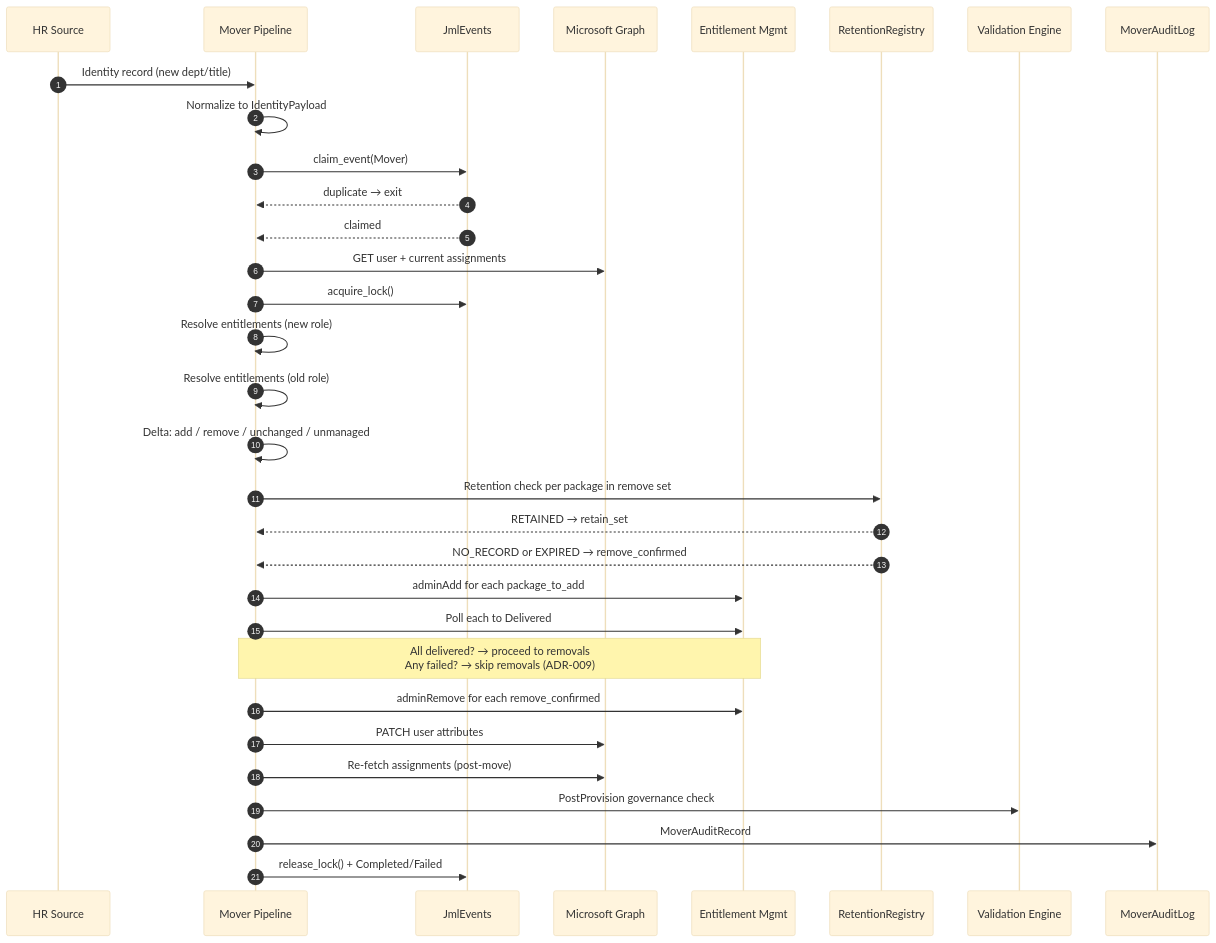
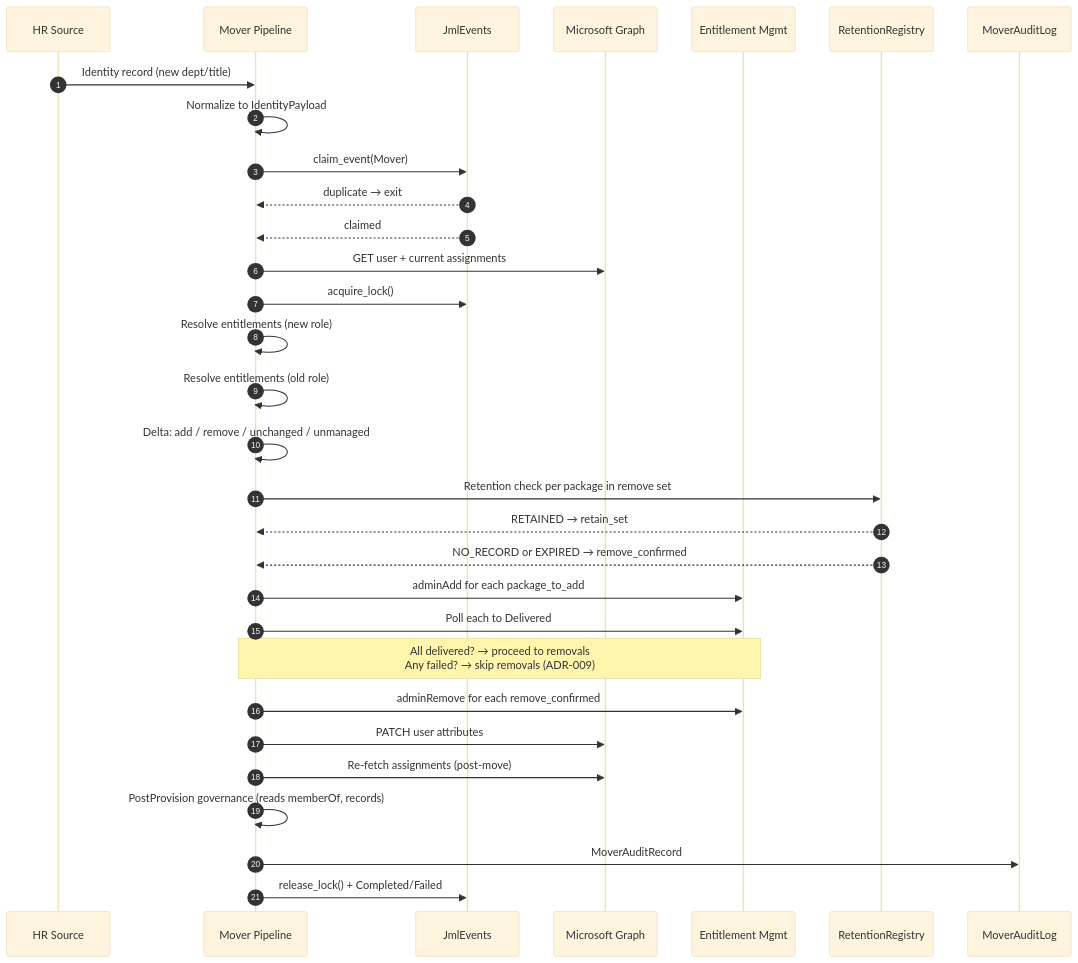
The fourth of 9 diagrams in Architecture.md (donhenzo/JML-EnigneV2), drawn with Mermaid (base theme) before and after one commit. The commit also changed other lines of this file and 6 other files, not shown here.

````diff
--- a/Architecture.md
+++ b/Architecture.md
@@ -320,35 +327,34 @@
 ```mermaid
 sequenceDiagram
     autonumber
     participant HR as HR Source
     participant E as Mover Pipeline
     participant ES as JmlEvents
     participant G as Microsoft Graph
     participant EM as Entitlement Mgmt
     participant RR as RetentionRegistry
-    participant V as Validation Engine
     participant A as MoverAuditLog
 
     HR->>E: Identity record (new dept/title)
     E->>E: Normalize to IdentityPayload
     E->>ES: claim_event(Mover)
     ES-->>E: duplicate → exit
     ES-->>E: claimed
     E->>G: GET user + current assignments
     E->>ES: acquire_lock()
     E->>E: Resolve entitlements (new role)
     E->>E: Resolve entitlements (old role)
     E->>E: Delta: add / remove / unchanged / unmanaged
     E->>RR: Retention check per package in remove set
     RR-->>E: RETAINED → retain_set
     RR-->>E: NO_RECORD or EXPIRED → remove_confirmed
     E->>EM: adminAdd for each package_to_add
     E->>EM: Poll each to Delivered
     Note over E,EM: All delivered? → proceed to removals<br/>Any failed? → skip removals (ADR-009)
     E->>EM: adminRemove for each remove_confirmed
     E->>G: PATCH user attributes
     E->>G: Re-fetch assignments (post-move)
-    E->>V: PostProvision governance check
+    E->>E: PostProvision governance (reads memberOf, records)
     E->>A: MoverAuditRecord
     E->>ES: release_lock() + Completed/Failed
 ```
````
